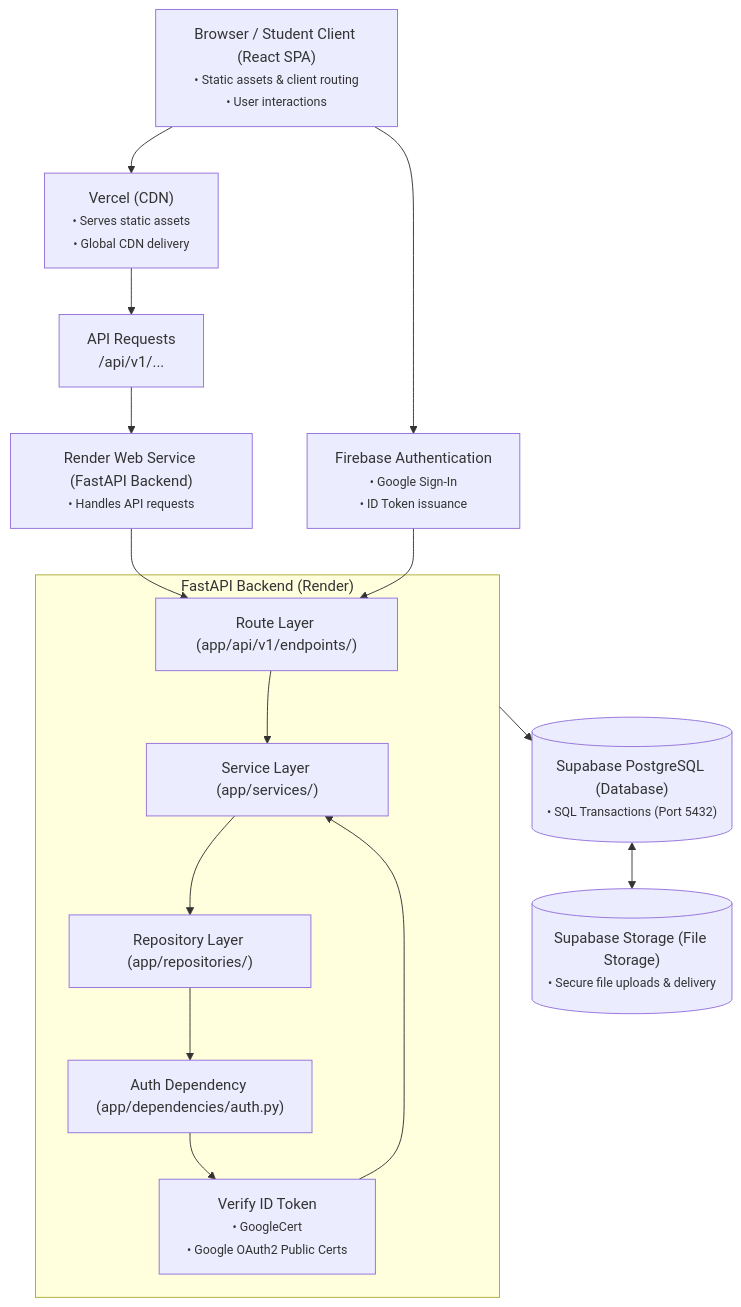
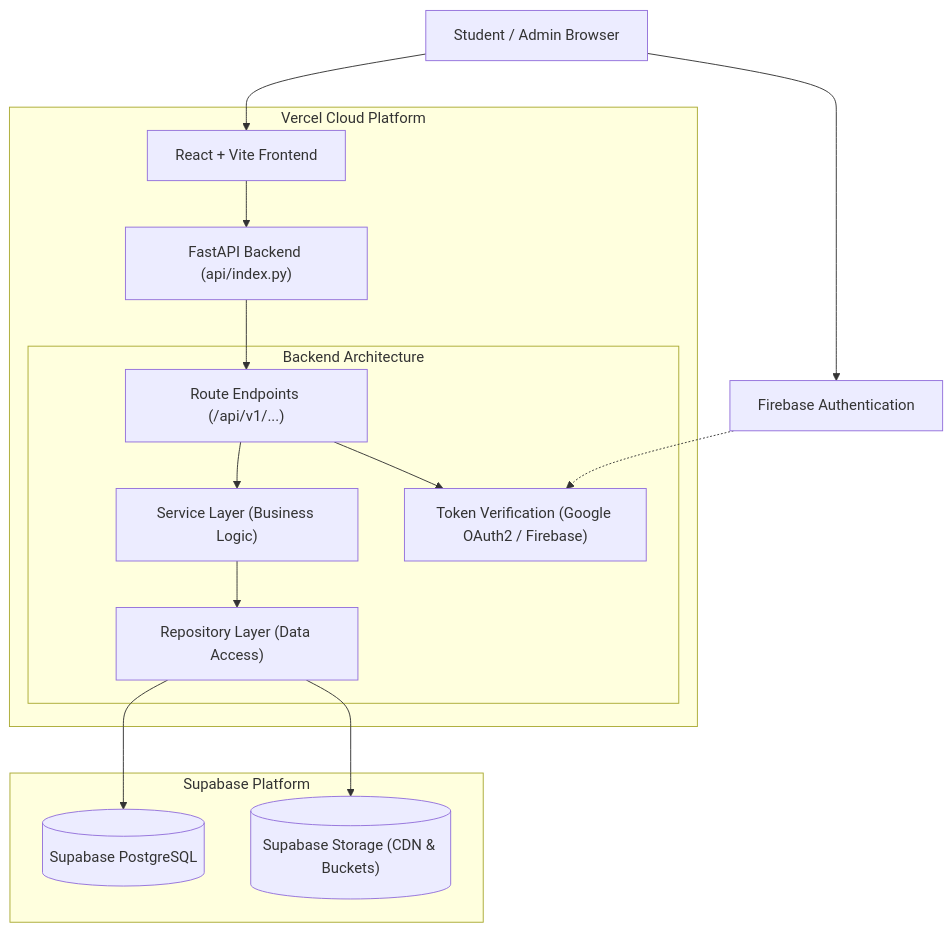
The second of 2 diagrams in README.md (Sharruk/tn-board-portal), drawn with Mermaid before and after one commit. The commit also changed other lines of this file, not shown here.

Commit message:
docs: update architecture and deployment documentation

````diff
--- a/README.md
+++ b/README.md
@@ -204,30 +204,36 @@
 ```mermaid
 graph TD
-    Client["Browser / Student Client (React SPA)<br/><small>• Static assets & client routing<br/>• User interactions</small>"] --> Vercel["Vercel (CDN)<br/><small>• Serves static assets<br/>• Global CDN delivery</small>"]
-    Vercel --> APIReq["API Requests<br/>/api/v1/..."]
-    APIReq --> Render["Render Web Service (FastAPI Backend)<br/><small>• Handles API requests</small>"]
-    Client --> FirebaseAuth["Firebase Authentication<br/><small>• Google Sign-In<br/>• ID Token issuance</small>"]
-
-    subgraph BackendApp ["FastAPI Backend (Render)"]
-        RouteLayer["Route Layer (app/api/v1/endpoints/)"]
-        ServiceLayer["Service Layer (app/services/)"]
-        RepoLayer["Repository Layer (app/repositories/)"]
-        AuthDep["Auth Dependency (app/dependencies/auth.py)"]
-        VerifyToken["Verify ID Token<br/><small>• GoogleCert<br/>• Google OAuth2 Public Certs</small>"]
-
-        RouteLayer --> ServiceLayer
-        ServiceLayer --> RepoLayer
-        RepoLayer --> AuthDep
-        AuthDep --> VerifyToken
-        VerifyToken --> ServiceLayer
+    Browser["Student / Admin Browser"]
+    FirebaseAuth["Firebase Authentication"]
+    
+    subgraph VercelPlatform ["Vercel Cloud Platform"]
+        Frontend["React + Vite Frontend"]
+        FastAPI["FastAPI Backend (api/index.py)"]
+        
+        subgraph BackendLayers ["Backend Architecture"]
+            Routes["Route Endpoints (/api/v1/...)"]
+            Services["Service Layer (Business Logic)"]
+            Repos["Repository Layer (Data Access)"]
+            AuthVerify["Token Verification (Google OAuth2 / Firebase)"]
+            
+            Routes --> Services
+            Services --> Repos
+            Routes --> AuthVerify
+        end
+        
+        FastAPI --> Routes
     end
 
-    Render --> RouteLayer
-    FirebaseAuth --> RouteLayer
+    Browser --> Frontend
+    Browser --> FirebaseAuth
+    Frontend --> FastAPI
+    FirebaseAuth -.-> AuthVerify
+    
+    subgraph SupabasePlatform ["Supabase Platform"]
+        PostgresDB[("Supabase PostgreSQL")]
+        Storage[("Supabase Storage (CDN & Buckets)")]
+    end
 
-    PostgresDB[("Supabase PostgreSQL (Database)<br/><small>• SQL Transactions (Port 5432)</small>")]
-    SupabaseStorage[("Supabase Storage (File Storage)<br/><small>• Secure file uploads & delivery</small>")]
-
-    BackendApp --> PostgresDB
-    PostgresDB <--> SupabaseStorage
+    Repos --> PostgresDB
+    Repos --> Storage
 ```
````
